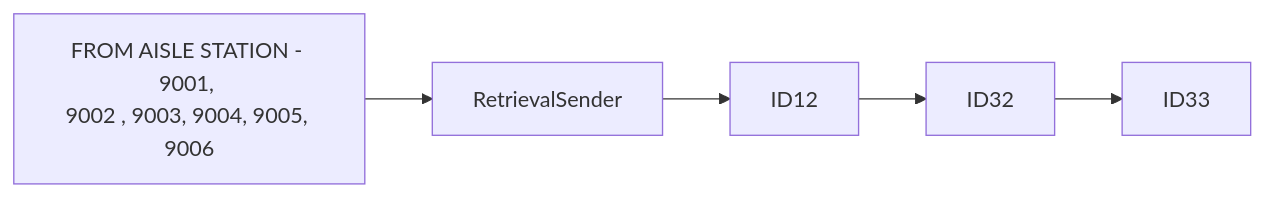
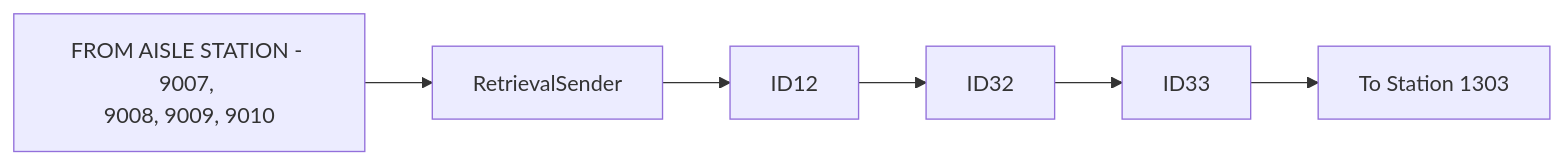
One commit to luthfiadityaa/SimeDarby-Wiki changed the first of 17 diagrams in Basic-Design/DFD-WMS/QC-Setting/Retrieval-for-QC-Start.md. Above: the diagram before and after it, drawn with Mermaid. The commit also changed other lines of this file, not shown here.

```diff
--- a/Basic-Design/DFD-WMS/QC-Setting/Retrieval-for-QC-Start.md
+++ b/Basic-Design/DFD-WMS/QC-Setting/Retrieval-for-QC-Start.md
@@ -5,7 +5,6 @@
 ::: mermaid
 flowchart LR
 
-P1[FROM AISLE STATION - 9001, 
-9002 , 9003, 9004, 9005, 
-9006]-->P2[RetrievalSender]-->P21[ID12]-->P3[ID32]-->P4[ID33]
+P1[FROM AISLE STATION - 9007, 
+9008, 9009, 9010]-->P2[RetrievalSender]-->P21[ID12]-->P3[ID32]-->P4[ID33]-->P5[To Station 1303]
 :::
```
